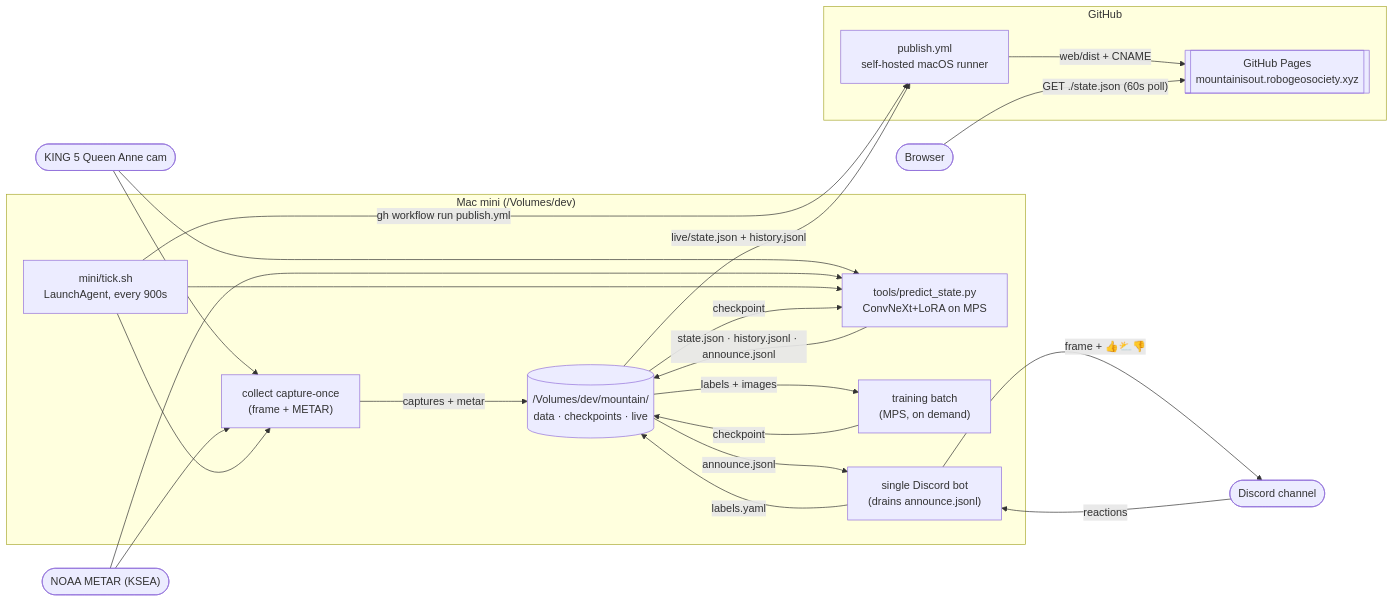
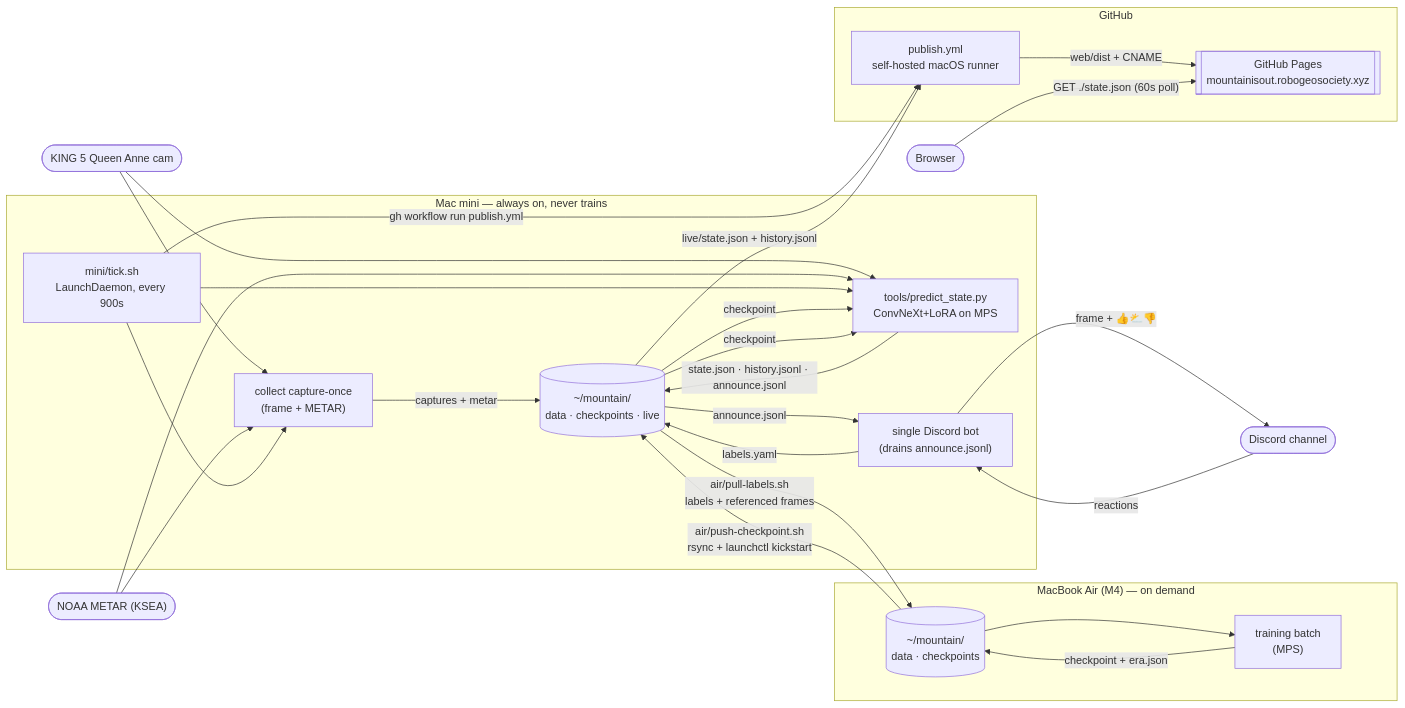
The first of 3 diagrams in README.md (robogeosociety/is-the-mountain-out), drawn with Mermaid before and after one commit. The commit also changed other lines of this file and 18 other files, not shown here.

First line of the commit message:
The tick becomes a daemon, and training moves to the Air

````diff
--- a/README.md
+++ b/README.md
@@ -91,39 +103,47 @@
 ```mermaid
 flowchart LR
-  subgraph mini["Mac mini (/Volumes/dev)"]
-    tick["mini/tick.sh<br/>LaunchAgent, every 900s"]
+  subgraph mini["Mac mini — always on, never trains"]
+    tick["mini/tick.sh<br/>LaunchDaemon, every 900s"]
     collector["collect capture-once<br/>(frame + METAR)"]
     infer["tools/predict_state.py<br/>ConvNeXt+LoRA on MPS"]
-    trainer["training batch<br/>(MPS, on demand)"]
     bot["single Discord bot<br/>(drains announce.jsonl)"]
-    disk[("/Volumes/dev/mountain/<br/>data · checkpoints · live")]
+    disk[("~/mountain/<br/>data · checkpoints · live")]
+  end
+
+  subgraph air["MacBook Air (M4) — on demand"]
+    trainer["training batch<br/>(MPS)"]
+    airdisk[("~/mountain/<br/>data · checkpoints")]
   end
 
   subgraph gh["GitHub"]
     wf["publish.yml<br/>self-hosted macOS runner"]
     pages[["GitHub Pages<br/>mountainisout.robogeosociety.xyz"]]
   end
 
   webcam(["KING 5 Queen Anne cam"]) --> collector
   metar(["NOAA METAR (KSEA)"]) --> collector
   webcam --> infer
   metar --> infer
 
   tick --> collector
   tick --> infer
   collector -- "captures + metar" --> disk
   disk -- "checkpoint" --> infer
   infer -- "state.json · history.jsonl · announce.jsonl" --> disk
 
   tick -- "gh workflow run publish.yml" --> wf
   disk -- "live/state.json + history.jsonl" --> wf
   wf -- "web/dist + CNAME" --> pages
   browser(["Browser"]) -- "GET ./state.json (60s poll)" --> pages
 
   disk -- "announce.jsonl" --> bot
   bot -- "frame + 👍⛅👎" --> discord(["Discord channel"])
   discord -- "reactions" --> bot
   bot -- "labels.yaml" --> disk
-  disk -- "labels + images" --> trainer
-  trainer -- "checkpoint" --> disk
+
+  disk -- "air/pull-labels.sh<br/>labels + referenced frames" --> airdisk
+  airdisk --> trainer
+  trainer -- "checkpoint + era.json" --> airdisk
+  airdisk -- "air/push-checkpoint.sh<br/>rsync + launchctl kickstart" --> disk
+  disk -- "checkpoint" --> infer
 ```
````
